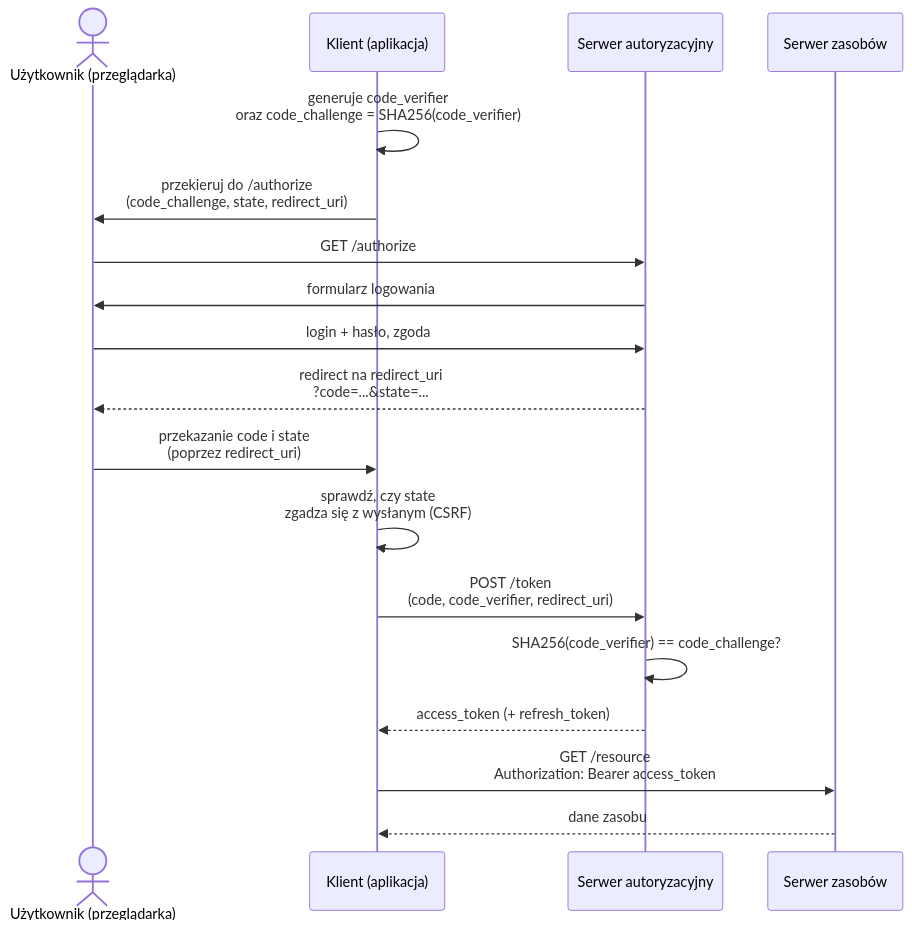
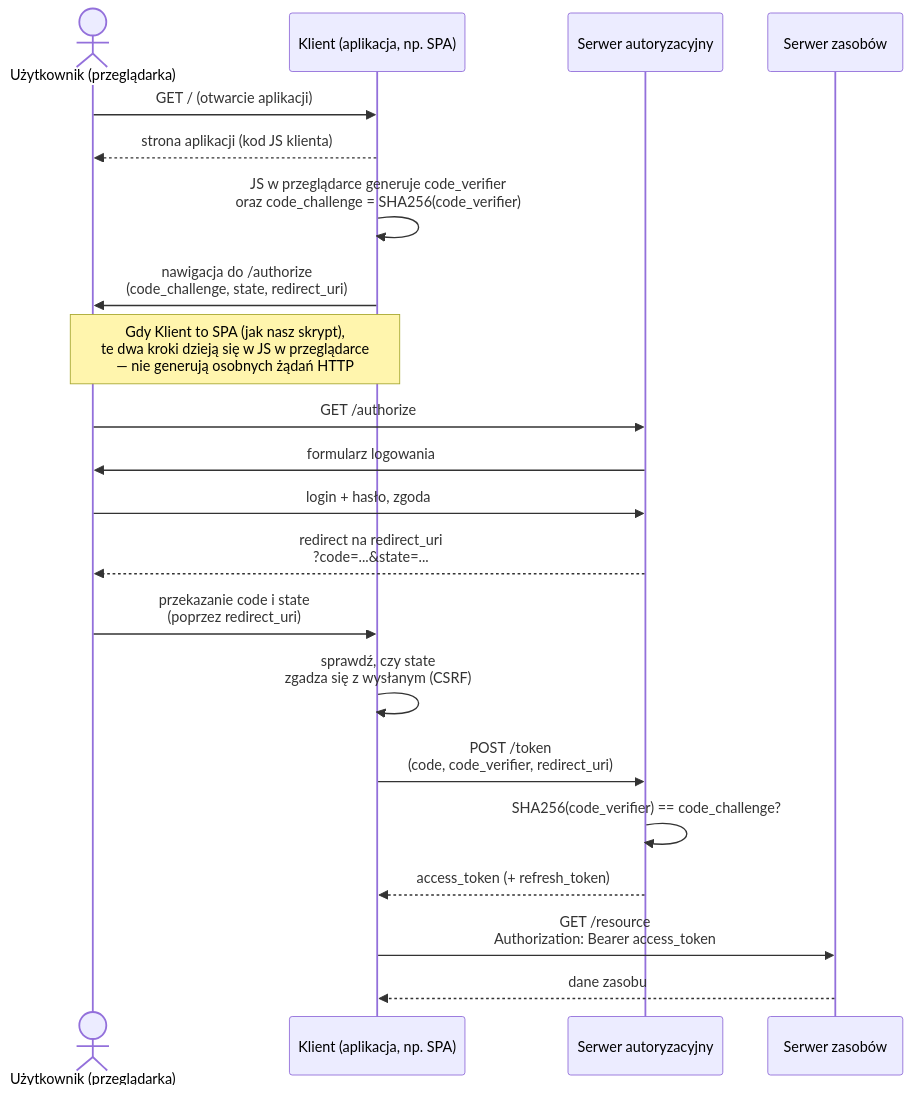
The second of 2 diagrams in part-1/130-autoryzacja.md (jacekokrojek/testowanie-wydajnosci-k6), drawn with Mermaid before and after one commit. The commit also changed other lines of this file and 9 other files, not shown here.

````diff
--- a/part-1/130-autoryzacja.md
+++ b/part-1/130-autoryzacja.md
@@ -159,21 +253,24 @@
 ```mermaid
 sequenceDiagram
     actor User as Użytkownik (przeglądarka)
-    participant Client as Klient (aplikacja)
+    participant Client as Klient (aplikacja, np. SPA)
     participant Auth as Serwer autoryzacyjny
     participant Res as Serwer zasobów
 
-    Client->>Client: generuje code_verifier<br/>oraz code_challenge = SHA256(code_verifier)
-    Client->>User: przekieruj do /authorize<br/>(code_challenge, state, redirect_uri)
+    User->>Client: GET / (otwarcie aplikacji)
+    Client-->>User: strona aplikacji (kod JS klienta)
+    Client->>Client: JS w przeglądarce generuje code_verifier<br/>oraz code_challenge = SHA256(code_verifier)
+    Client->>User: nawigacja do /authorize<br/>(code_challenge, state, redirect_uri)
+    Note over User,Client: Gdy Klient to SPA (jak nasz skrypt),<br/>te dwa kroki dzieją się w JS w przeglądarce<br/>— nie generują osobnych żądań HTTP
     User->>Auth: GET /authorize
     Auth->>User: formularz logowania
     User->>Auth: login + hasło, zgoda
     Auth-->>User: redirect na redirect_uri<br/>?code=...&state=...
     User->>Client: przekazanie code i state<br/>(poprzez redirect_uri)
     Client->>Client: sprawdź, czy state<br/>zgadza się z wysłanym (CSRF)
     Client->>Auth: POST /token<br/>(code, code_verifier, redirect_uri)
     Auth->>Auth: SHA256(code_verifier) == code_challenge?
     Auth-->>Client: access_token (+ refresh_token)
     Client->>Res: GET /resource<br/>Authorization: Bearer access_token
     Res-->>Client: dane zasobu
 ```
````
